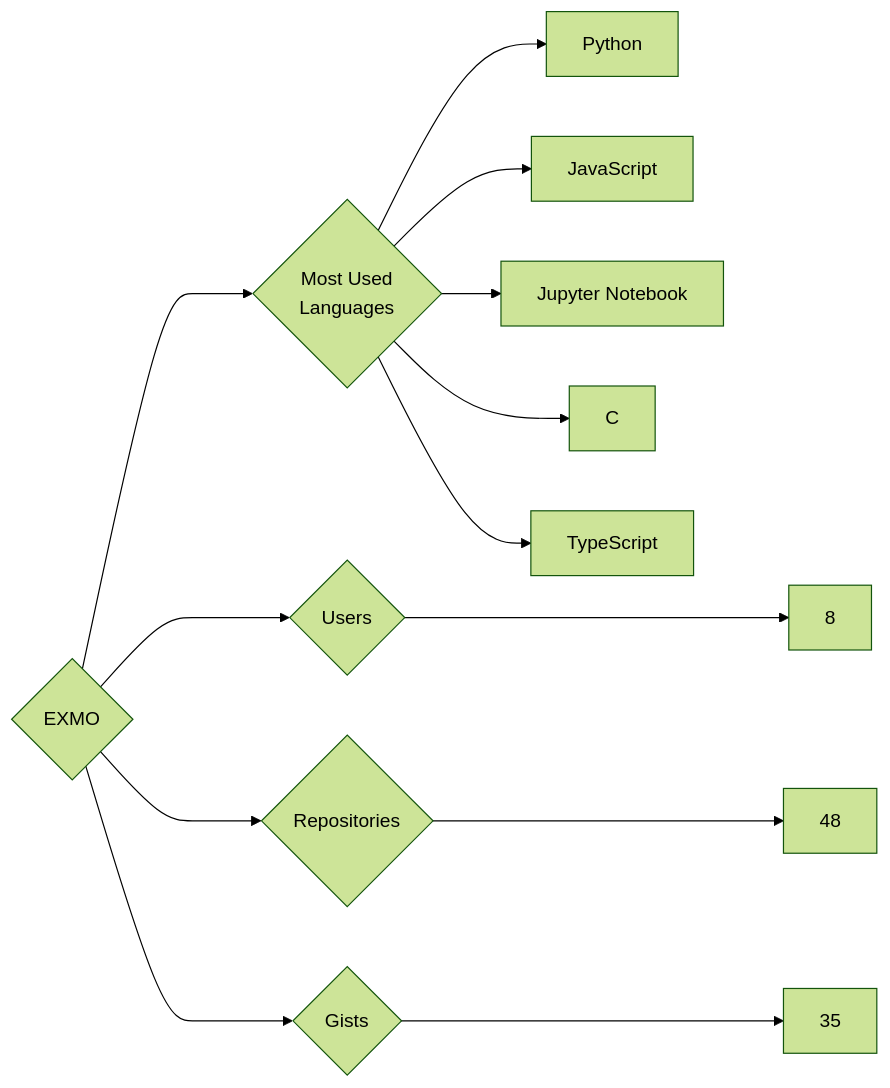
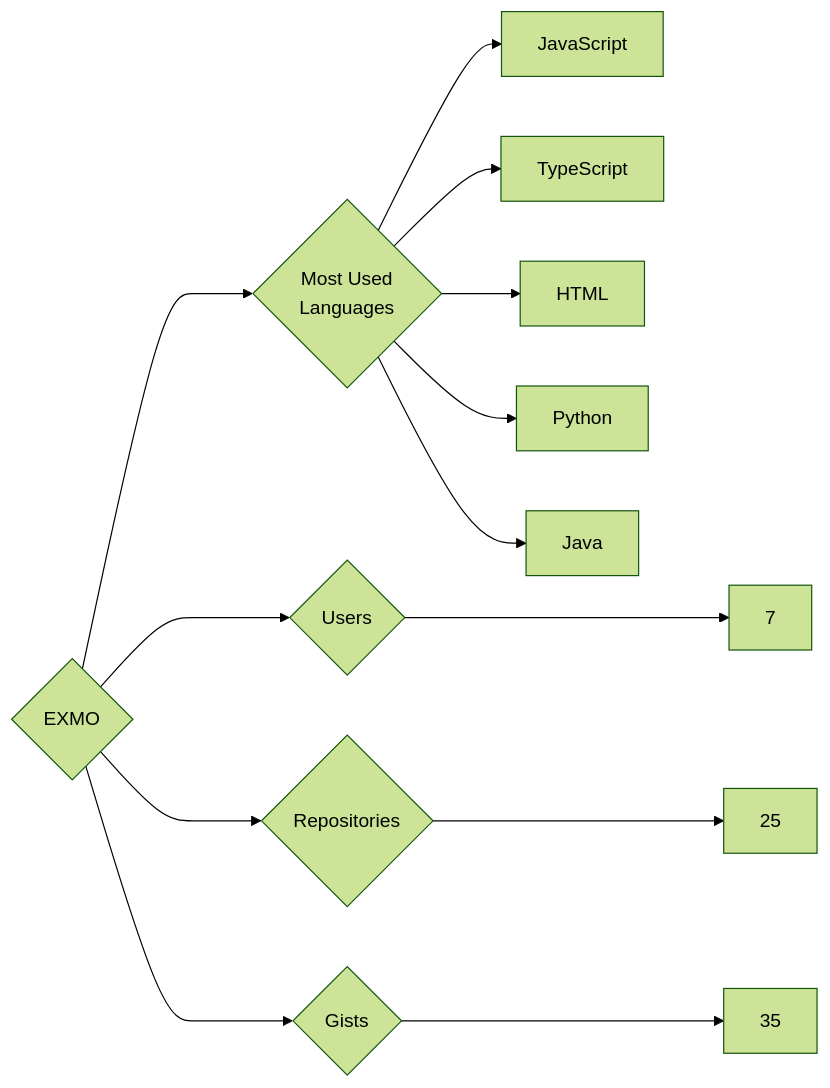
The diagram in targets/EXMO/README.md (trickest/insiders), drawn with Mermaid (forest theme) before and after one commit. The commit also changed 1055 other files, not shown here.

````diff
--- a/targets/EXMO/README.md
+++ b/targets/EXMO/README.md
@@ -3,13 +3,13 @@
 ```mermaid
 graph LR
 COMPANY_NAME{EXMO}
-COMPANY_NAME ---> U{Users} ---> UN[8]
-COMPANY_NAME ---> R{Repositories} ---> RN[48]
+COMPANY_NAME ---> U{Users} ---> UN[7]
+COMPANY_NAME ---> R{Repositories} ---> RN[25]
 COMPANY_NAME ---> G{Gists} ---> GN[35]
 COMPANY_NAME ---> ML{Most Used<br>Languages}
+ML --> JavaScript[JavaScript]
+ML --> TypeScript[TypeScript]
+ML --> HTML[HTML]
 ML --> Python[Python]
-ML --> JavaScript[JavaScript]
-ML --> Jupyter_Notebook[Jupyter Notebook]
-ML --> C[C]
-ML --> TypeScript[TypeScript]
+ML --> Java[Java]
 ```
````
